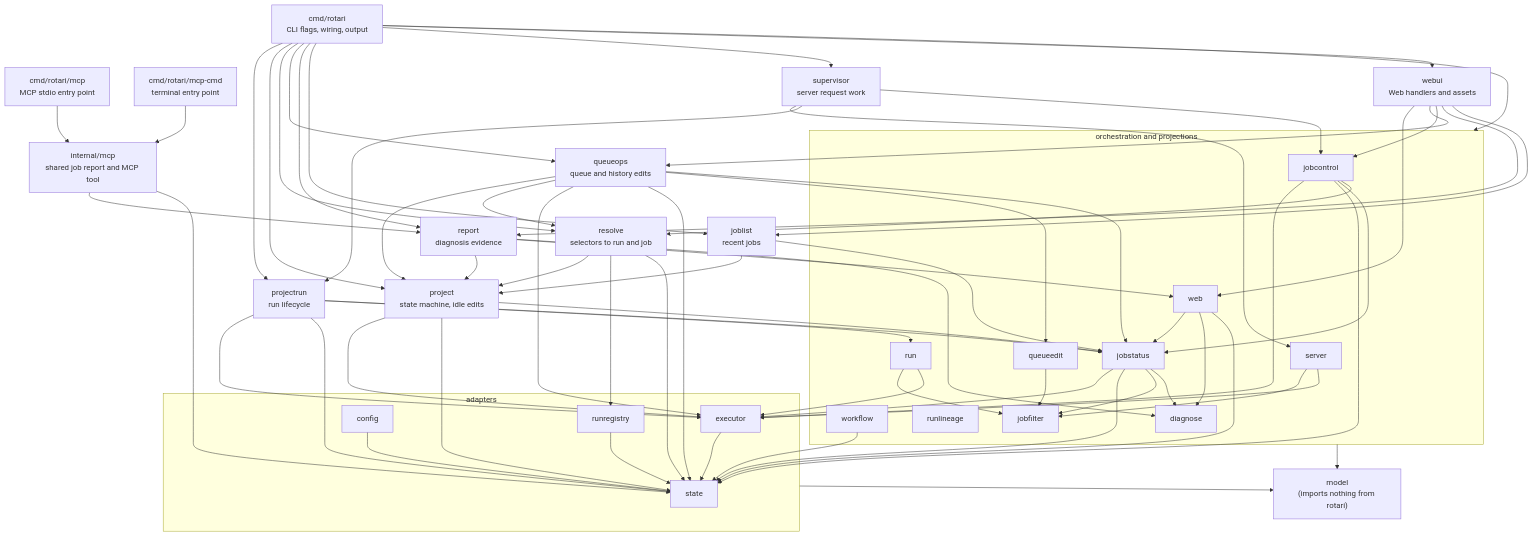
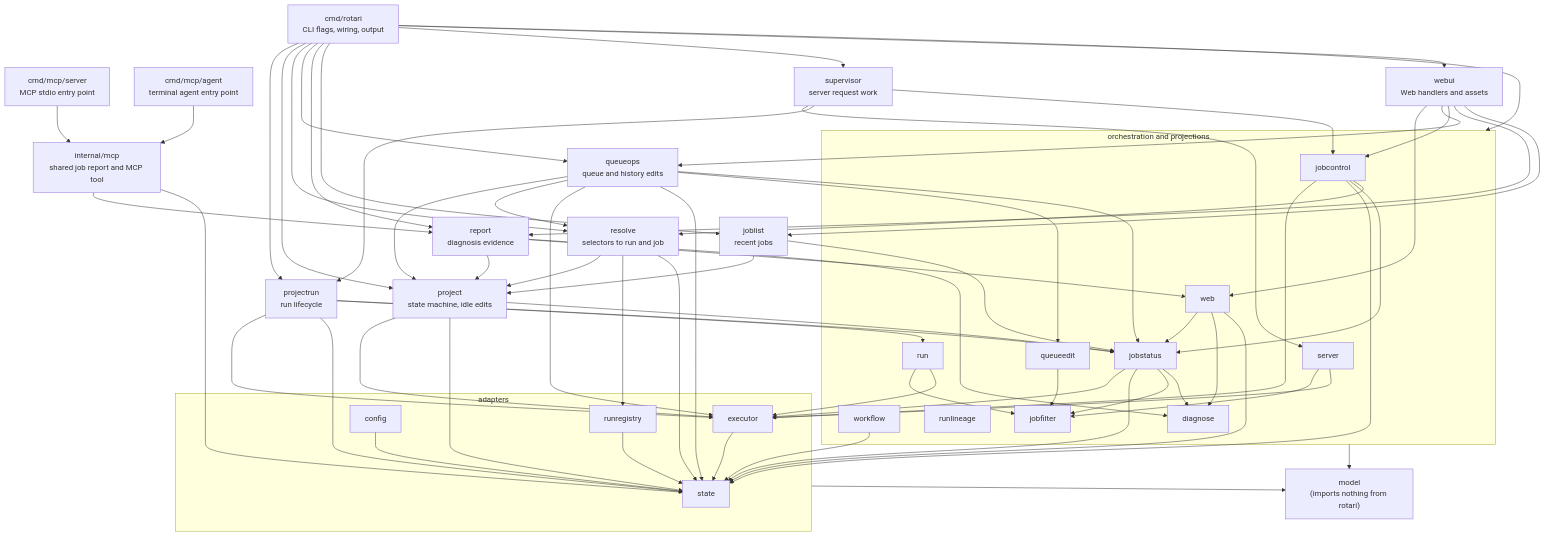
The second of 2 diagrams in docs/ARCHITECTURE.md (kamo-naoyuki/rotari), drawn with Mermaid before and after one commit. The commit also changed other lines of this file and 4 other files, not shown here.

Commit message:
Group agent entry points under cmd/mcp

````diff
--- a/docs/ARCHITECTURE.md
+++ b/docs/ARCHITECTURE.md
@@ -109,8 +109,8 @@
 ```mermaid
 flowchart TB
   cmd["cmd/rotari<br/>CLI flags, wiring, output"]
-   mcpserver["cmd/rotari/mcp<br/>MCP stdio entry point"]
-   mcpcmd["cmd/rotari/mcp-cmd<br/>terminal entry point"]
+   mcpserver["cmd/mcp/server<br/>MCP stdio entry point"]
+   agentcmd["cmd/mcp/agent<br/>terminal agent entry point"]
    mcpadapter["internal/mcp<br/>shared job report and MCP tool"]
   projectrun["projectrun<br/>run lifecycle"]
   project["project<br/>state machine, idle edits"]
@@ -152,7 +152,7 @@
   queueops --> jobstatus
   cmd --> report
    mcpserver --> mcpadapter
-   mcpcmd --> mcpadapter
+   agentcmd --> mcpadapter
    mcpadapter --> report
    mcpadapter --> state
   report --> web
````
